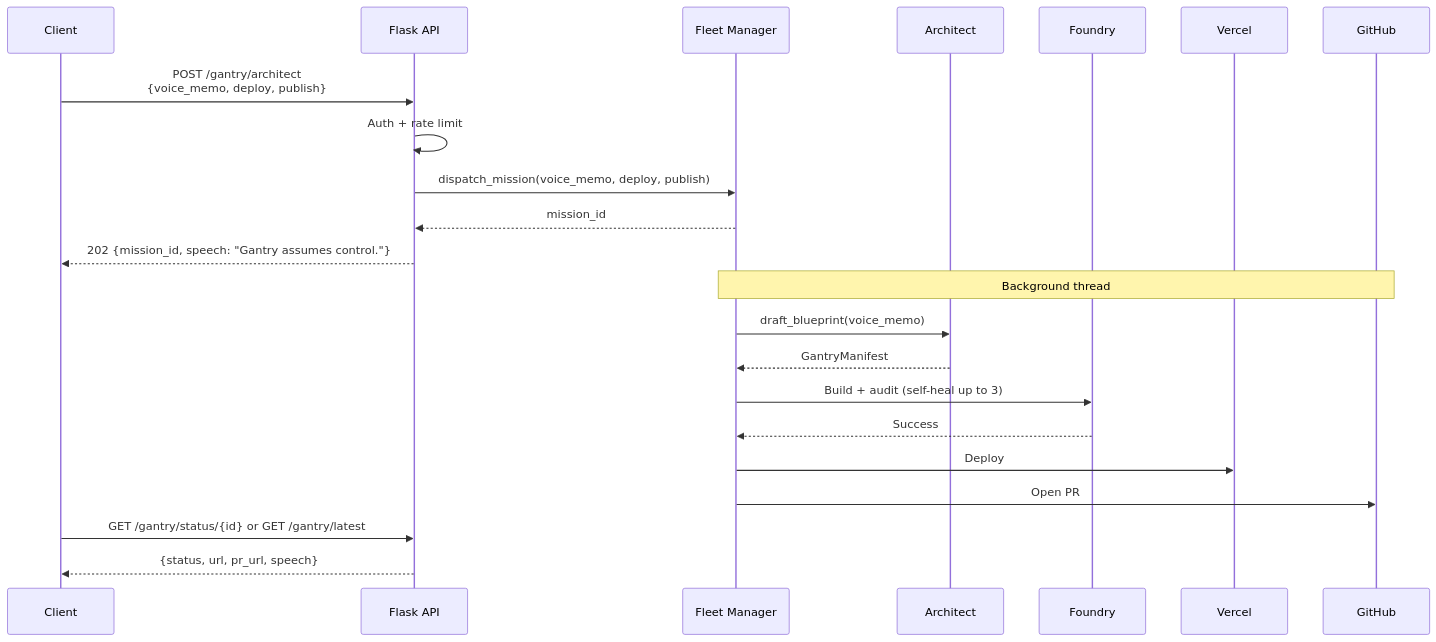
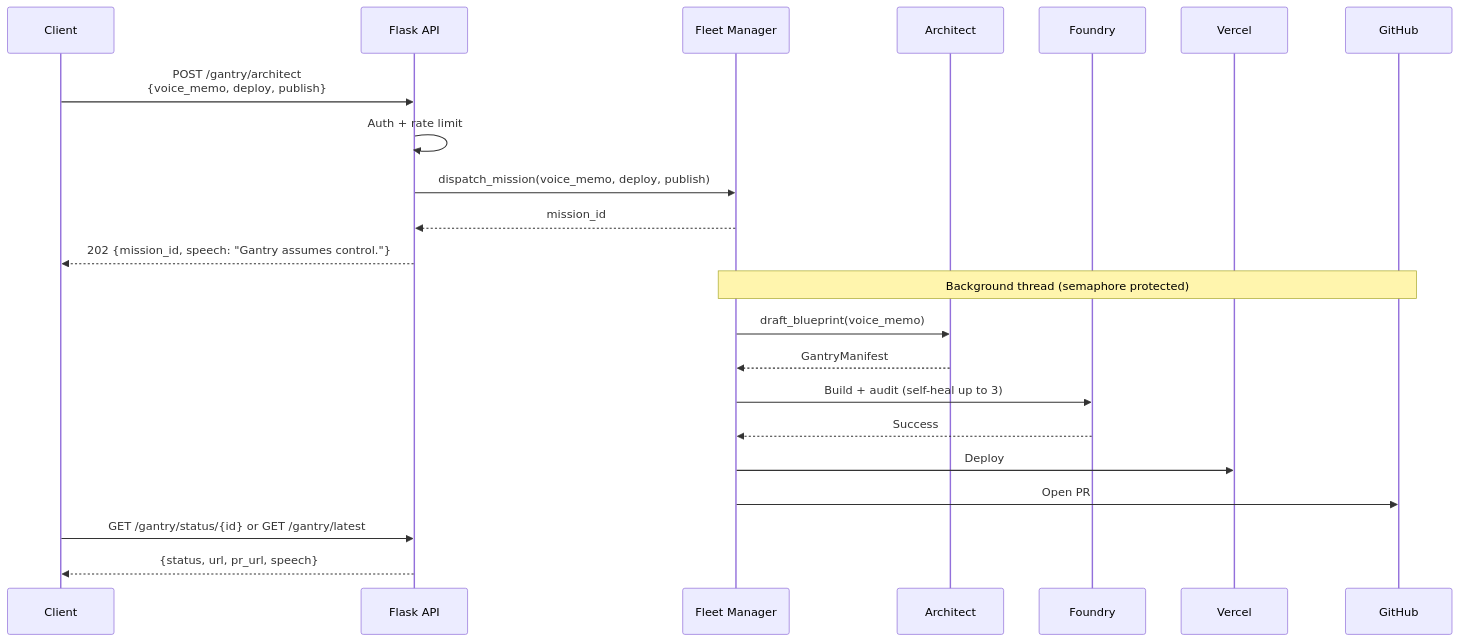
Before and after one commit to Jarvis2021/gantry: the third of 5 diagrams in ARCHITECTURE.md, drawn with Mermaid. The commit also changed other lines of this file and 1 other file, not shown here.

First line of the commit message:
docs: Update ARCHITECTURE.md with robustness features, fix cursorrules numbering

````diff
--- a/ARCHITECTURE.md
+++ b/ARCHITECTURE.md
@@ -171,27 +171,27 @@
 ```mermaid
 sequenceDiagram
     participant Client as Client
     participant API as Flask API
     participant Fleet as Fleet Manager
     participant Architect as Architect
     participant Pod as Foundry
     participant Vercel as Vercel
     participant GitHub as GitHub
 
     Client->>API: POST /gantry/architect<br/>{voice_memo, deploy, publish}
     API->>API: Auth + rate limit
     API->>Fleet: dispatch_mission(voice_memo, deploy, publish)
     Fleet-->>API: mission_id
     API-->>Client: 202 {mission_id, speech: "Gantry assumes control."}
 
-    Note over Fleet,GitHub: Background thread
+    Note over Fleet,GitHub: Background thread (semaphore protected)
     Fleet->>Architect: draft_blueprint(voice_memo)
     Architect-->>Fleet: GantryManifest
     Fleet->>Pod: Build + audit (self-heal up to 3)
     Pod-->>Fleet: Success
     Fleet->>Vercel: Deploy
     Fleet->>GitHub: Open PR
 
     Client->>API: GET /gantry/status/{id} or GET /gantry/latest
     API-->>Client: {status, url, pr_url, speech}
 ```
````
